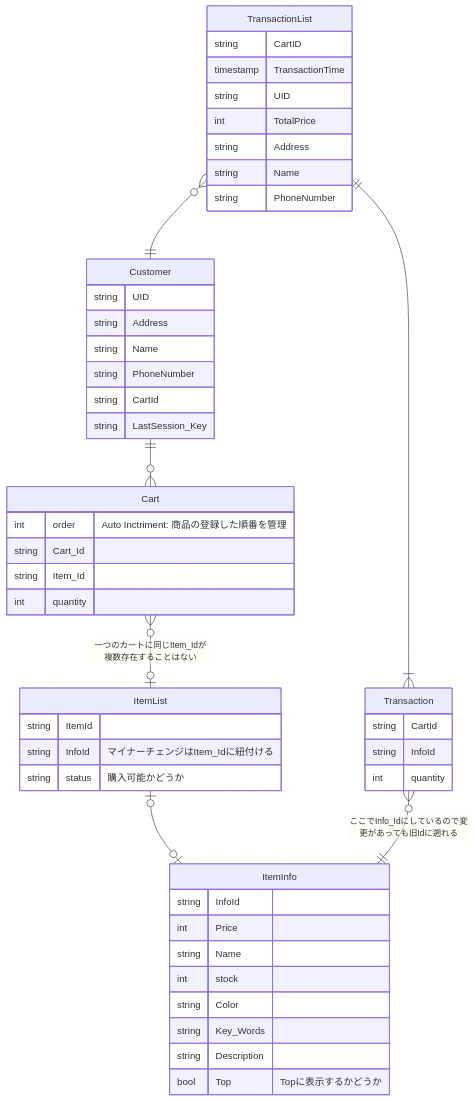
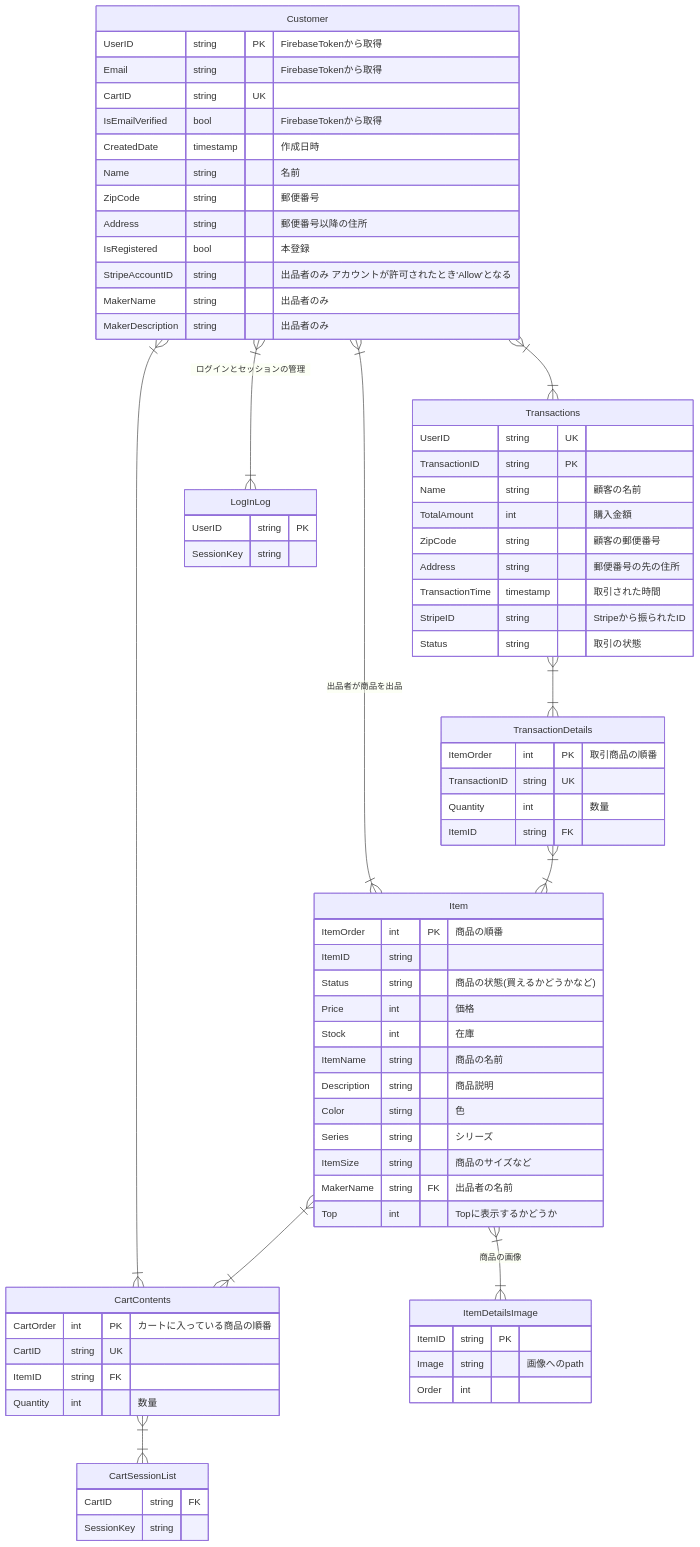
One commit to WhatACotton/CharisWorks-BackEnd changed the sixth of 6 diagrams in README.md. Above: the diagram before and after it, drawn with Mermaid. The commit also changed 57 other files, not shown here.

````diff
--- a/README.md
+++ b/README.md
@@ -141,59 +141,76 @@
 ```mermaid
 erDiagram
-Customer||--o{Cart:""
-Cart}o--o|ItemList:"一つのカートに同じItem_Idが複数存在することはない"
-ItemList|o--o|ItemInfo:""
-Transaction}o--||ItemInfo:"ここでInfo_Idにしているので変更があっても旧Idに遡れる"
-TransactionList }o--||Customer:""
-TransactionList ||--|{Transaction:""
-
+Customer }|--|{Transactions:""
+Transactions}|--|{TransactionDetails:""
+TransactionDetails}|--|{Item:""
+Item}|--|{CartContents:""
+Item}|--|{ItemDetailsImage:"商品の画像"
+CartContents}|--|{Customer:""
+CartContents}|--|{CartSessionList:""
+Customer}|--|{LogInLog:"ログインとセッションの管理"
+Item}|--|{Customer:"出品者が商品を出品"
 Customer{
- string UID
- string Address
- string Name
- string PhoneNumber
- string CartId
- string LastSession_Key
+    UserID string PK "FirebaseTokenから取得"
+    Email string "FirebaseTokenから取得"
+    CartID string UK
+    IsEmailVerified bool "FirebaseTokenから取得"
+    CreatedDate timestamp "作成日時"
+    Name string "名前"
+    ZipCode string "郵便番号"
+    Address string "郵便番号以降の住所"
+    IsRegistered bool "本登録"
+    StripeAccountID string "出品者のみ アカウントが許可されたとき'Allow'となる"
+    MakerName string "出品者のみ"
+    MakerDescription string "出品者のみ"
 }
-
-TransactionList{
- string CartID
- timestamp TransactionTime
- string UID
- int TotalPrice
- string Address
- string Name
- string PhoneNumber
+ItemDetailsImage{
+    ItemID string PK
+    Image string "画像へのpath"
+    Order int
 }
-
-Transaction{
- string CartId
- string InfoId
- int quantity
+Item{
+    ItemOrder int PK "商品の順番"
+    ItemID string
+    Status string "商品の状態(買えるかどうかなど)"
+    Price int "価格"
+    Stock int "在庫"
+    ItemName string "商品の名前"
+    Description string "商品説明"
+    Color stirng "色"
+    Series string "シリーズ"
+    ItemSize string "商品のサイズなど"
+    MakerName string FK "出品者の名前"
+    Top int "Topに表示するかどうか"
 }
-
-
-
-Cart{
- int order "Auto Inctriment: 商品の登録した順番を管理"
- string Cart_Id
- string Item_Id
- int quantity
+TransactionDetails{
+    ItemOrder int PK "取引商品の順番"
+    TransactionID string UK
+    Quantity int "数量"
+    ItemID string FK
 }
-
-ItemList{
- string ItemId
- string InfoId "マイナーチェンジはItem_Idに紐付ける"
- string status "購入可能かどうか"
+Transactions{
+    UserID string UK
+    TransactionID string PK
+    Name string "顧客の名前"
+    TotalAmount int "購入金額"
+    ZipCode string "顧客の郵便番号"
+    Address string "郵便番号の先の住所"
+    TransactionTime timestamp "取引された時間"
+    StripeID string "Stripeから振られたID"
+    Status string "取引の状態"
 }
-ItemInfo{
- string InfoId
- int Price
- string Name
- int stock
- string Color
- string Key_Words
- string Description
- bool Top "Topに表示するかどうか"
+CartContents{
+    CartOrder int PK "カートに入っている商品の順番"
+    CartID string UK
+    ItemID string FK
+    Quantity int "数量"
+}
+CartSessionList{
+    CartID string FK
+    SessionKey string
+}
+LogInLog{
+    UserID string PK
+    SessionKey string
 }
 ```
````
